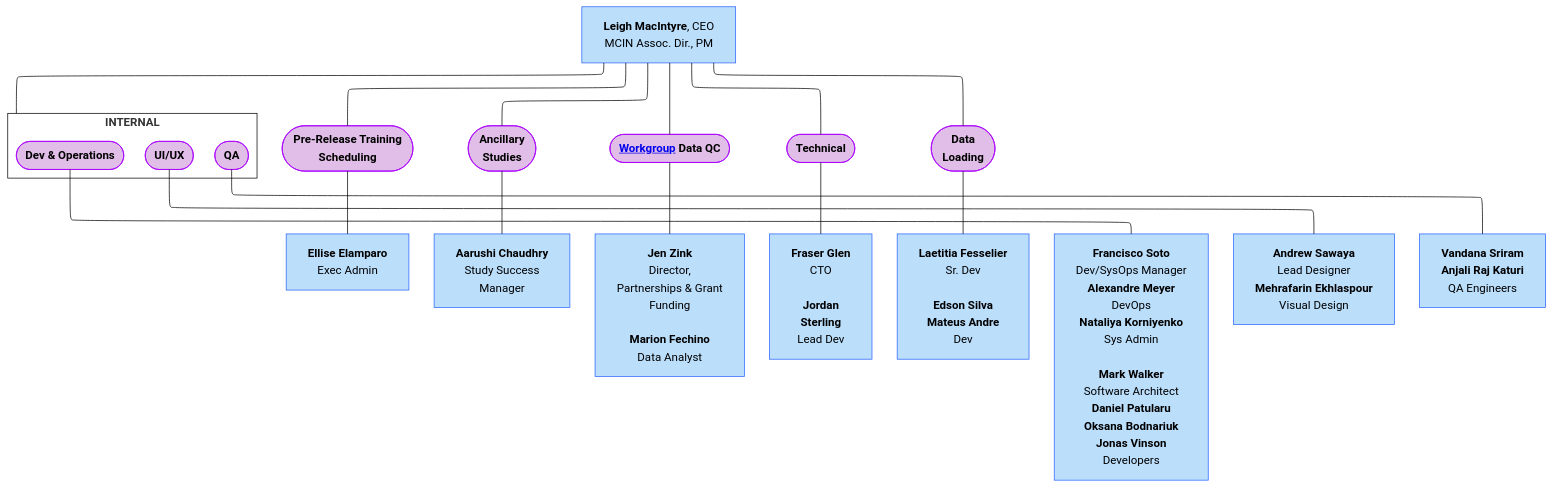
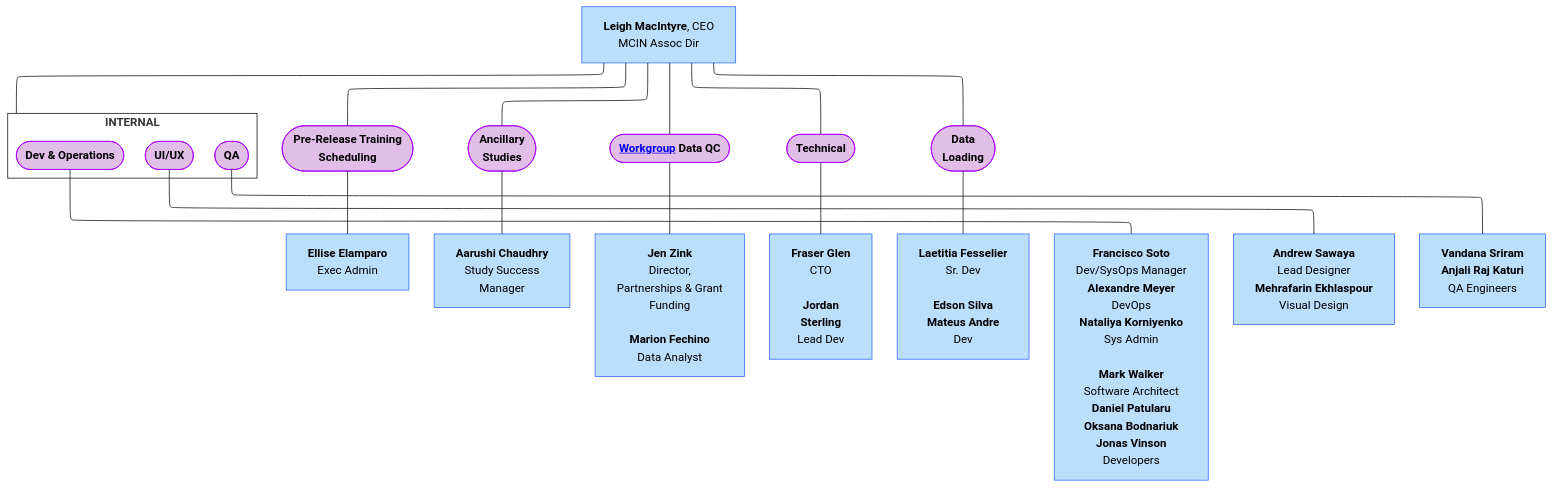
One commit to DCAN-Labs/hbcd-docs-internal changed the third of 9 diagrams in docs/orgcharts.md. Above: the diagram before and after it, drawn with Mermaid (forest theme). The commit also changed other lines of this file, not shown here.

````diff
--- a/docs/orgcharts.md
+++ b/docs/orgcharts.md
@@ -159,39 +156,39 @@
 ```mermaid
 ---
 config:
   layout: elk
 ---
 flowchart TB
  subgraph s1["<b>INTERNAL</b>"]
         n21(["<b>QA</b>"])
         n22(["<b>UI/UX</b>"])
         n23(["<b>Dev &amp; Operations</b>"])
   end
-    A["<b>Leigh MacIntyre</b>, CEO<br>MCIN Assoc. Dir., PM"] --- B(["<b>Pre-Release Training<br>Scheduling<br></b>"]) & n1(["<b>Ancillary<br>Studies</b>"]) & n2(["<a href="https://hbcdstudy.org/workgroups-and-committees/"><b>Workgroup</a> Data QC</b>"]) & n3(["<b>Technical</b>"]) & n4(["<b>Data<br>Loading</b>"]) & s1
+    A["<b>Leigh MacIntyre</b>, CEO<br>MCIN Assoc Dir"] --- B(["<b>Pre-Release Training<br>Scheduling<br></b>"]) & n1(["<b>Ancillary<br>Studies</b>"]) & n2(["<a href="https://hbcdstudy.org/workgroups-and-committees/"><b>Workgroup</a> Data QC</b>"]) & n3(["<b>Technical</b>"]) & n4(["<b>Data<br>Loading</b>"]) & s1
     B --- n5["<b>Ellise Elamparo</b><br>Exec Admin"]
     n1 --- n6["<b>Aarushi Chaudhry<br></b>Study Success<br>Manager"]
     n2 --- n7["<b>Jen Zink<br></b>Director,<br>Partnerships &amp; Grant<br>Funding<br><br><b>Marion Fechino</b><br>Data Analyst"]
     n3 --- n8["<b>Fraser Glen<br></b>CTO<br><br><b>Jordan<br>Sterling<br></b>Lead Dev"]
     n4 --- n9["<b>Laetitia Fesselier<br></b>Sr. Dev<br><b><br>Edson Silva</b><br><b>Mateus Andre<br></b>Dev"]
     n23 --- n24["<b>Francisco Soto</b><br>Dev/SysOps Manager<br><b>Alexandre Meyer</b><br>DevOps<br><b>Nataliya Korniyenko<br></b>Sys Admin<br><br><b>Mark Walker<br></b>Software Architect<br><b>Daniel Patularu</b><br><b>Oksana Bodnariuk<br>Jonas Vinson<br></b>Developers"]
     n22 --- n26["<b>Andrew Sawaya</b><br>Lead Designer<br><b>Mehrafarin Ekhlaspour</b><br>Visual Design"]
     n21 --- n27["<b>Vandana Sriram</b><br><b>Anjali Raj Katuri<br></b>QA Engineers"]
     style n21 fill:#E1BEE7,stroke:#AA00FF
     style n22 fill:#E1BEE7,stroke:#AA00FF
     style n23 fill:#E1BEE7,stroke:#AA00FF
     style A fill:#BBDEFB,stroke:#2962FF
     style B fill:#E1BEE7,stroke:#AA00FF
     style n1 fill:#E1BEE7,stroke:#AA00FF
     style n2 fill:#E1BEE7,stroke:#AA00FF
     style n3 fill:#E1BEE7,stroke:#AA00FF
     style n4 fill:#E1BEE7,stroke:#AA00FF
     style s1 fill:#FFFFFF,stroke:#000000
     style n5 fill:#BBDEFB,stroke:#2962FF
     style n6 fill:#BBDEFB,stroke:#2962FF
     style n7 fill:#BBDEFB,stroke:#2962FF
     style n8 fill:#BBDEFB,stroke:#2962FF
     style n9 fill:#BBDEFB,stroke:#2962FF
     style n24 fill:#BBDEFB,stroke:#2962FF
     style n26 fill:#BBDEFB,stroke:#2962FF
     style n27 fill:#BBDEFB,stroke:#2962FF
 ```
````
